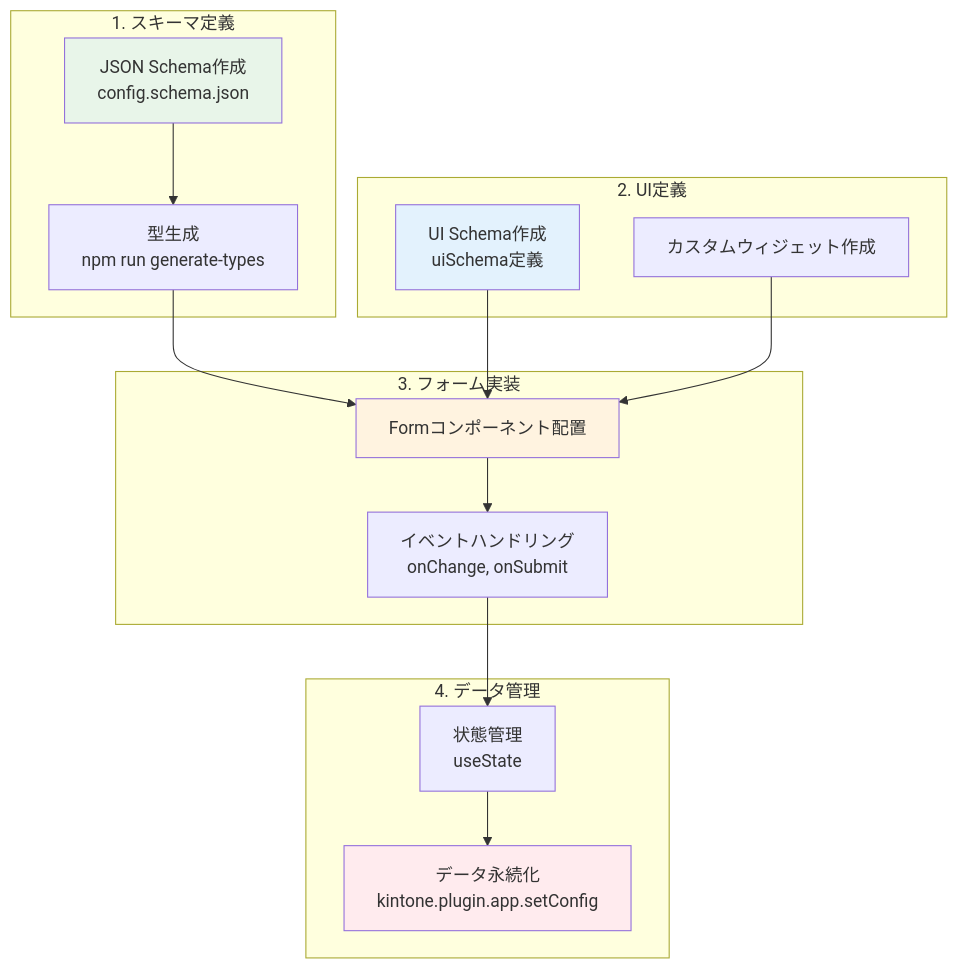
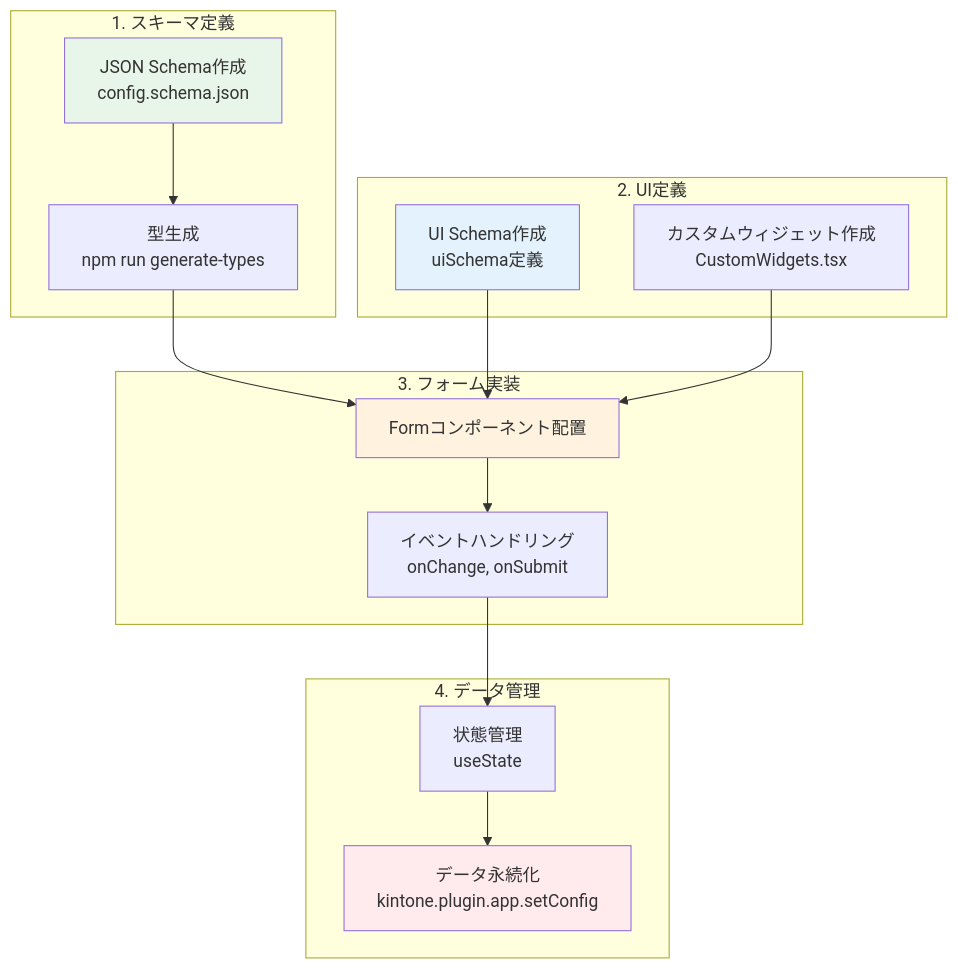
The fourth of 4 diagrams in docs/react-jsonschema-form-usage.md (okayus/kintone-plugin-template), drawn with Mermaid before and after one commit. The commit also changed other lines of this file and 3 other files, not shown here.

````diff
--- a/docs/react-jsonschema-form-usage.md
+++ b/docs/react-jsonschema-form-usage.md
@@ -296,35 +349,35 @@
 ```mermaid
 graph TB
     subgraph "1. スキーマ定義"
         DefineSchema["JSON Schema作成<br/>config.schema.json"]
         GenerateTypes["型生成<br/>npm run generate-types"]
     end
     
     subgraph "2. UI定義"
         DefineUI["UI Schema作成<br/>uiSchema定義"]
-        CreateWidgets["カスタムウィジェット作成"]
+        CreateWidgets["カスタムウィジェット作成<br/>CustomWidgets.tsx"]
     end
     
     subgraph "3. フォーム実装"
         UseForm["Formコンポーネント配置"]
         HandleEvents["イベントハンドリング<br/>onChange, onSubmit"]
     end
     
     subgraph "4. データ管理"
         StateManagement["状態管理<br/>useState"]
         DataPersistence["データ永続化<br/>kintone.plugin.app.setConfig"]
     end
     
     DefineSchema --> GenerateTypes
     GenerateTypes --> UseForm
     DefineUI --> UseForm
     CreateWidgets --> UseForm
     UseForm --> HandleEvents
     HandleEvents --> StateManagement
     StateManagement --> DataPersistence
     
     style DefineSchema fill:#e8f5e9
     style DefineUI fill:#e3f2fd
     style UseForm fill:#fff3e0
     style DataPersistence fill:#ffebee
 ```
````
